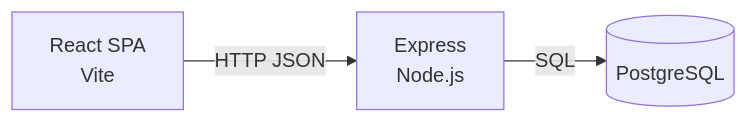
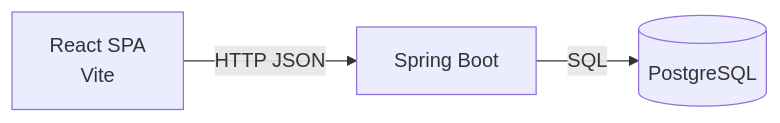
The first of 2 diagrams in ドキュメント/技術スタック.md (pfgnsb/kadai-kanri-board), drawn with Mermaid before and after one commit. The commit also changed other lines of this file and 20 other files, not shown here.

Commit message:
API を Spring Boot のひな形で起動できるようにし、関連資料を Express から切り替える

````diff
--- a/ドキュメント/技術スタック.md
+++ b/ドキュメント/技術スタック.md
@@ -25,5 +25,5 @@
 ```mermaid
 flowchart LR
-  ui[React SPA<br/>Vite] -->|HTTP JSON| api[Express<br/>Node.js]
+  ui[React SPA<br/>Vite] -->|HTTP JSON| api[Spring Boot]
   api -->|SQL| db[(PostgreSQL)]
 ```
````
